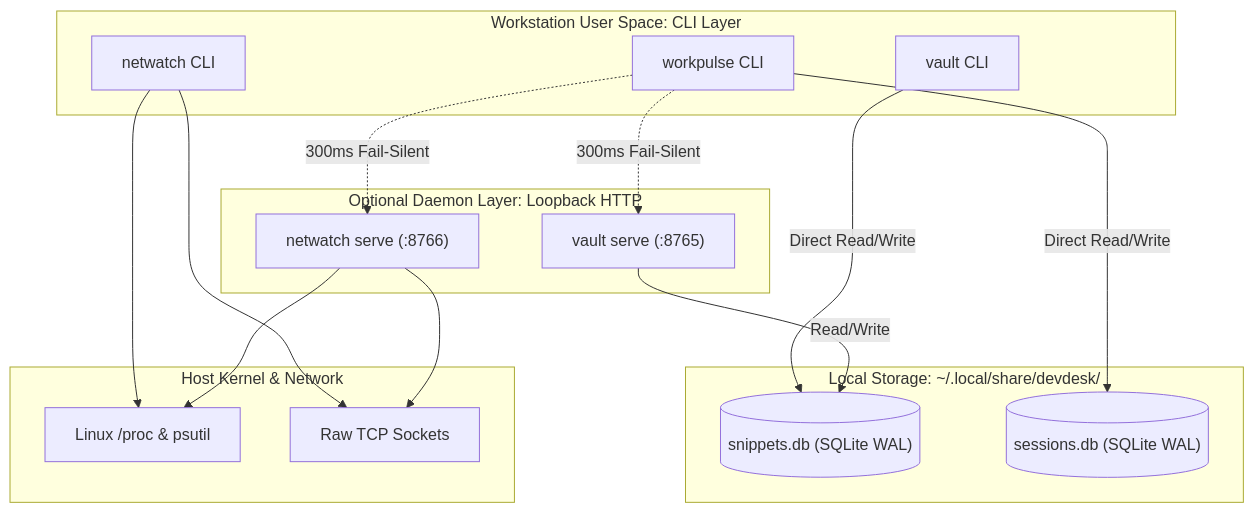
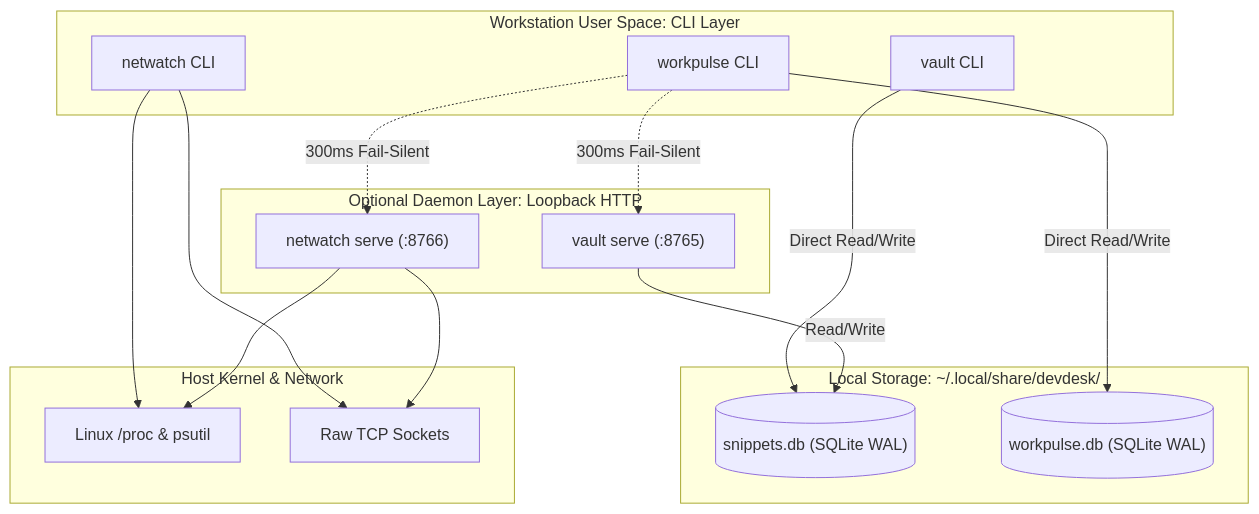
Before and after one commit to Dinu-Sreekumar/devdesk-ecosystem: the diagram in README.md, drawn with Mermaid. The commit also changed other lines of this file, not shown here.

First line of the commit message:
docs(readme): update system architecture diagram and NetWatch contract

````diff
--- a/README.md
+++ b/README.md
@@ -22,35 +22,35 @@
 ```mermaid
 flowchart TD
     subgraph CLI ["Workstation User Space: CLI Layer"]
         CLI_V["vault CLI"]
         CLI_N["netwatch CLI"]
         CLI_W["workpulse CLI"]
     end
 
     subgraph STORAGE ["Local Storage: ~/.local/share/devdesk/"]
         DB_V[("snippets.db (SQLite WAL)")]
-        DB_W[("sessions.db (SQLite WAL)")]
+        DB_W[("workpulse.db (SQLite WAL)")]
     end
 
     subgraph DAEMONS ["Optional Daemon Layer: Loopback HTTP"]
         DAEMON_V["vault serve (:8765)"]
         DAEMON_N["netwatch serve (:8766)"]
     end
 
     subgraph KERNEL ["Host Kernel & Network"]
         PROCFS["Linux /proc & psutil"]
         RAW_SOCK["Raw TCP Sockets"]
     end
 
     CLI_V -->|Direct Read/Write| DB_V
     CLI_W -->|Direct Read/Write| DB_W
     DAEMON_V -->|Read/Write| DB_V
 
     CLI_N --> PROCFS
     CLI_N --> RAW_SOCK
     DAEMON_N --> PROCFS
     DAEMON_N --> RAW_SOCK
 
     CLI_W -.->|300ms Fail-Silent| DAEMON_V
     CLI_W -.->|300ms Fail-Silent| DAEMON_N
 ```
````
